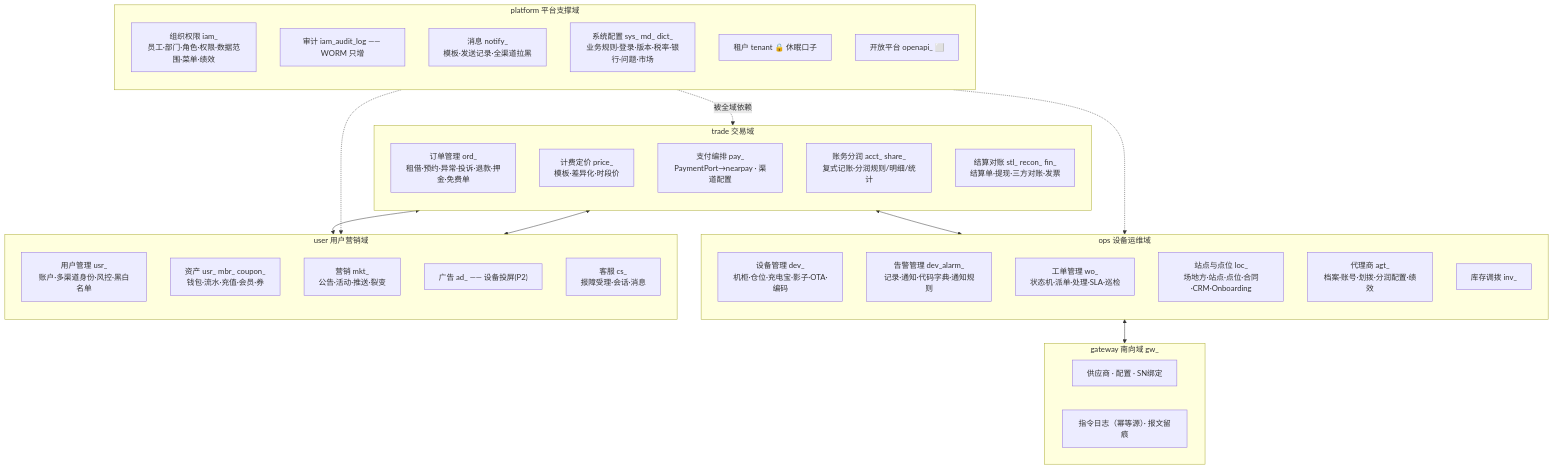
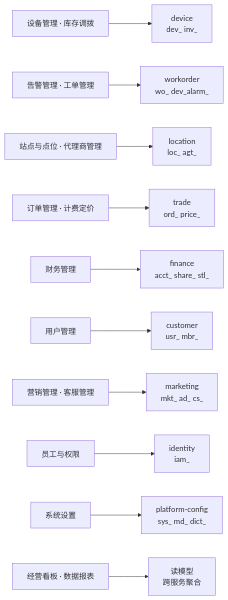
Before and after one commit to robinwu2021-code/sharehub: the fifth of 12 diagrams in docs/technical/架构图.md, drawn with Mermaid. The commit also changed other lines of this file and 47 other files, not shown here.

````diff
--- a/docs/technical/架构图.md
+++ b/docs/technical/架构图.md
@@ -174,53 +178,14 @@
 ```mermaid
-flowchart TB
-  subgraph TRADE["trade 交易域"]
-    direction TB
-    T1["订单管理 ord_<br/>租借·预约·异常·投诉·退款·押金·免费单"]
-    T2["计费定价 price_<br/>模板·差异化·时段价"]
-    T3["支付编排 pay_<br/>PaymentPort→nearpay · 渠道配置"]
-    T4["账务分润 acct_ share_<br/>复式记账·分润规则/明细/统计"]
-    T5["结算对账 stl_ recon_ fin_<br/>结算单·提现·三方对账·发票"]
-  end
-
-  subgraph OPS["ops 设备运维域"]
-    direction TB
-    O1["设备管理 dev_<br/>机柜·仓位·充电宝·影子·OTA·编码"]
-    O2["告警管理 dev_alarm_<br/>记录·通知·代码字典·通知规则"]
-    O3["工单管理 wo_<br/>状态机·派单·处理·SLA·巡检"]
-    O4["站点与点位 loc_<br/>场地方·站点·点位·合同·CRM·Onboarding"]
-    O5["代理商 agt_<br/>档案·账号·划拨·分润配置·绩效"]
-    O6["库存调拨 inv_"]
-  end
-
-  subgraph USER["user 用户营销域"]
-    direction TB
-    U1["用户管理 usr_<br/>账户·多渠道身份·风控·黑白名单"]
-    U2["资产 usr_ mbr_ coupon_<br/>钱包·流水·充值·会员·券"]
-    U3["营销 mkt_<br/>公告·活动·推送·裂变"]
-    U4["广告 ad_ —— 设备投屏(P2)"]
-    U5["客服 cs_<br/>报障受理·会话·消息"]
-  end
-
-  subgraph PLAT["platform 平台支撑域"]
-    direction TB
-    P1["组织权限 iam_<br/>员工·部门·角色·权限·数据范围·菜单·绩效"]
-    P2["审计 iam_audit_log —— WORM 只增"]
-    P3["消息 notify_<br/>模板·发送记录·全渠道拉黑"]
-    P4["系统配置 sys_ md_ dict_<br/>业务规则·登录·版本·税率·银行·问题·市场"]
-    P5["租户 tenant 🔒 休眠口子"]
-    P6["开放平台 openapi_ ⬜"]
-  end
-
-  subgraph GWD["gateway 南向域 gw_"]
-    G1["供应商 · 配置 · SN绑定"]
-    G2["指令日志（幂等源）· 报文留痕"]
-  end
-
-  TRADE <--> OPS
-  TRADE <--> USER
-  OPS <--> GWD
-  USER <--> TRADE
-  PLAT -.被全域依赖.-> TRADE
-  PLAT -.-> OPS
-  PLAT -.-> USER
+%%{init: {'theme':'base','themeVariables':{'fontSize':'20px','fontFamily':"'PingFang SC','Microsoft YaHei',-apple-system,'Segoe UI',sans-serif",'primaryColor':'#ffffff','primaryTextColor':'#12181b','primaryBorderColor':'#0f7173','lineColor':'#5b6b6d','secondaryColor':'#eef4f4','tertiaryColor':'#f6f8f8'},'flowchart':{'padding':14,'nodeSpacing':55,'rankSpacing':60},'sequence':{'actorFontSize':18,'noteFontSize':17,'messageFontSize':17}}}%%
+flowchart LR
+  M1["设备管理 · 库存调拨"] --> DEV["device<br/>dev_ inv_"]
+  M2["告警管理 · 工单管理"] --> WO["workorder<br/>wo_ dev_alarm_"]
+  M3["站点与点位 · 代理商管理"] --> LOC["location<br/>loc_ agt_"]
+  M4["订单管理 · 计费定价"] --> TRD["trade<br/>ord_ price_"]
+  M5["财务管理"] --> FIN["finance<br/>acct_ share_ stl_"]
+  M6["用户管理"] --> CUS["customer<br/>usr_ mbr_"]
+  M7["营销管理 · 客服管理"] --> MKT["marketing<br/>mkt_ ad_ cs_"]
+  M8["员工与权限"] --> IDN["identity<br/>iam_"]
+  M9["系统设置"] --> CFG["platform-config<br/>sys_ md_ dict_"]
+  M10["经营看板 · 数据报表"] --> RM["读模型<br/>跨服务聚合"]
 ```
````
